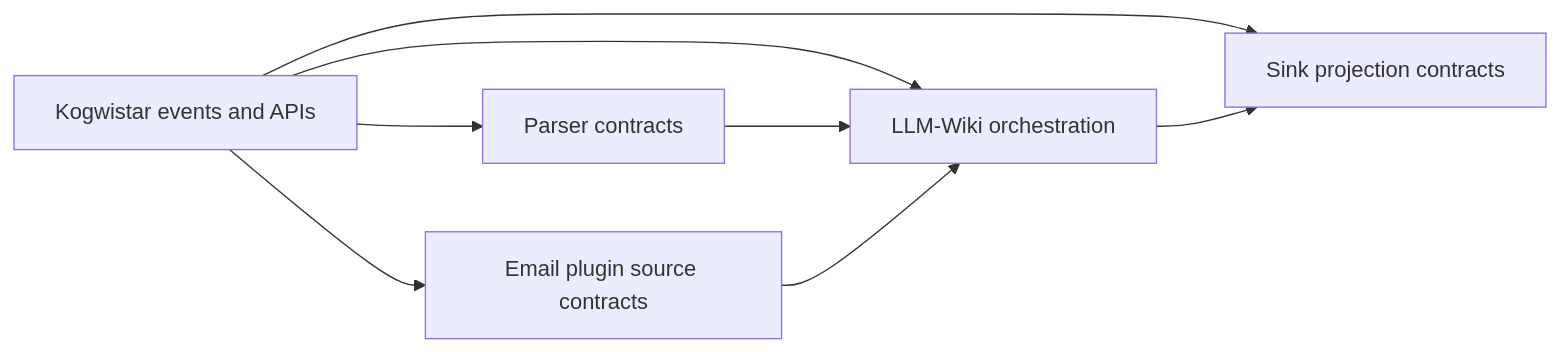
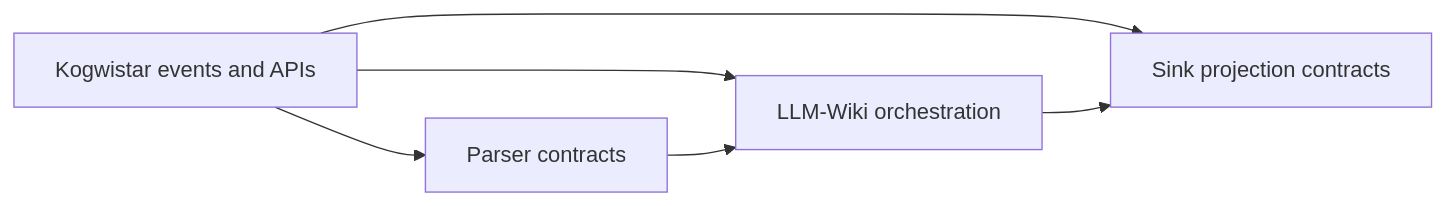
The diagram in doc/inter_repo_api_and_event_catalog.md (humblemat810/kogwistar-llm-wiki), drawn with Mermaid before and after one commit. The commit also changed other lines of this file and 6 other files, not shown here.

````diff
--- a/doc/inter_repo_api_and_event_catalog.md
+++ b/doc/inter_repo_api_and_event_catalog.md
@@ -3,10 +3,8 @@
 ```mermaid
 flowchart LR
     CORE[Kogwistar events and APIs] --> PARSER[Parser contracts]
     CORE --> APP[LLM-Wiki orchestration]
     CORE --> SINK[Sink projection contracts]
-    CORE --> EMAIL[Email plugin source contracts]
     PARSER --> APP
-    EMAIL --> APP
     APP --> SINK
 ```
````
